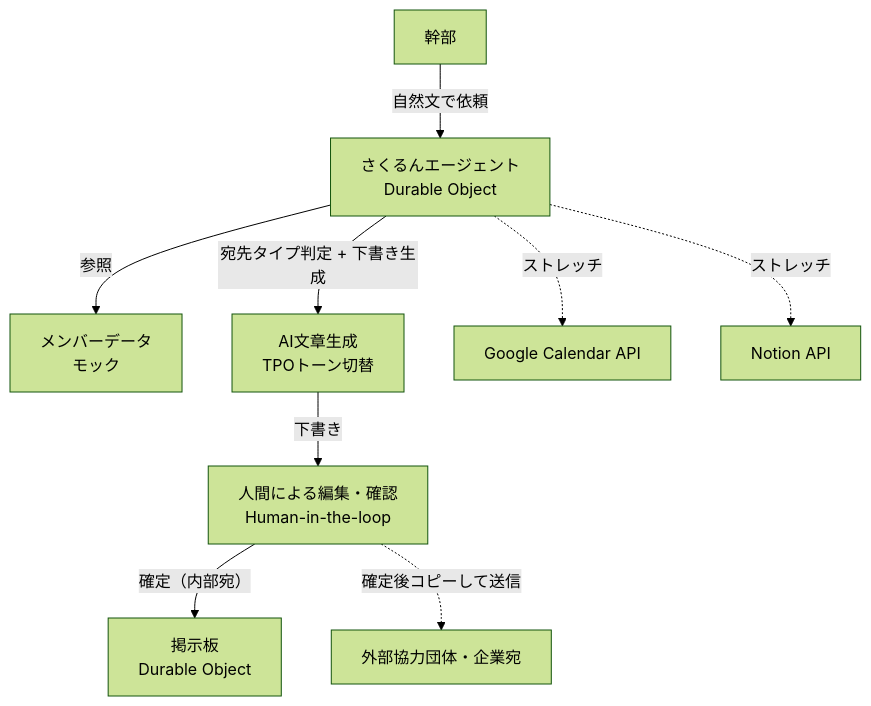
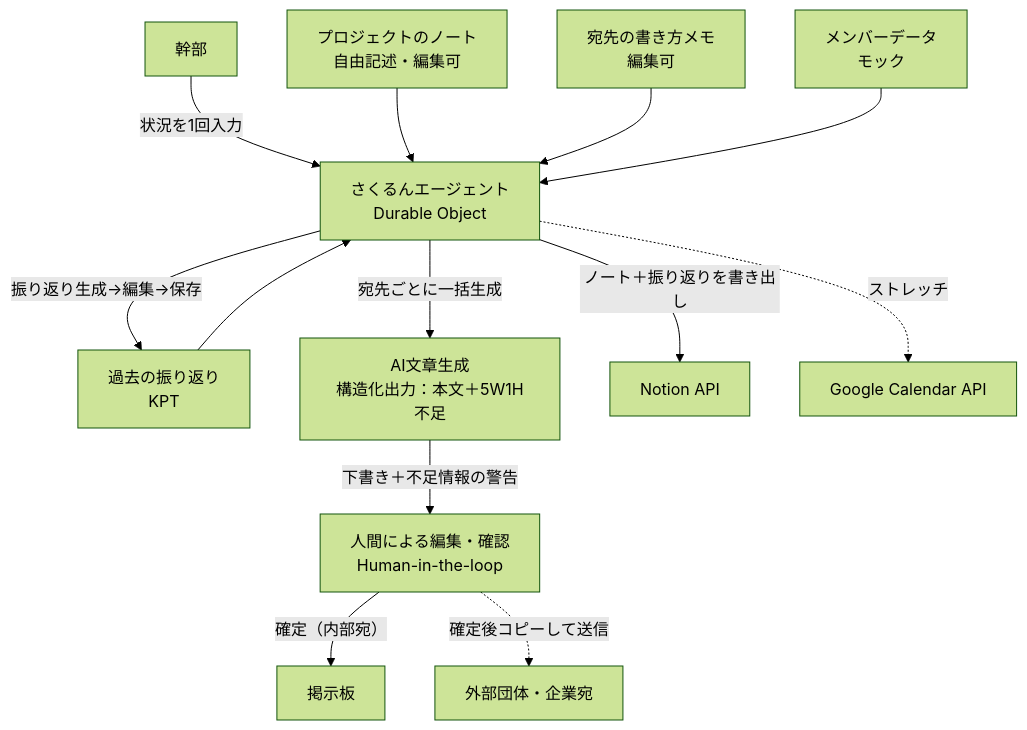
One commit to nepp-tumsat/FindyCampusHackathon2_Umitarou changed the diagram in docs/architecture.md. Above: the diagram before and after it, drawn with Mermaid (forest theme). The commit also changed other lines of this file and 7 other files, not shown here.

````diff
--- a/docs/architecture.md
+++ b/docs/architecture.md
@@ -52,11 +63,15 @@
 ```mermaid
 graph TD
-    User[幹部] -->|自然文で依頼| Sakurun[さくるんエージェント<br/>Durable Object]
-    Sakurun -->|参照| MemberData[メンバーデータ<br/>モック]
-    Sakurun -->|宛先タイプ判定 + 下書き生成| LLM[AI文章生成<br/>TPOトーン切替]
-    LLM -->|下書き| Review[人間による編集・確認<br/>Human-in-the-loop]
-    Review -->|確定（内部宛）| Board[掲示板<br/>Durable Object]
-    Review -.確定後コピーして送信.-> External[外部協力団体・企業宛]
+    User[幹部] -->|状況を1回入力| Sakurun[さくるんエージェント<br/>Durable Object]
+    Notes[プロジェクトのノート<br/>自由記述・編集可] --> Sakurun
+    Retro[過去の振り返り<br/>KPT] --> Sakurun
+    StyleNotes[宛先の書き方メモ<br/>編集可] --> Sakurun
+    MemberData[メンバーデータ<br/>モック] --> Sakurun
+    Sakurun -->|宛先ごとに一括生成| LLM[AI文章生成<br/>構造化出力：本文＋5W1H不足]
+    LLM -->|下書き＋不足情報の警告| Review[人間による編集・確認<br/>Human-in-the-loop]
+    Review -->|確定（内部宛）| Board[掲示板]
+    Review -.確定後コピーして送信.-> External[外部団体・企業宛]
+    Sakurun -->|振り返り生成→編集→保存| Retro
+    Sakurun -->|ノート＋振り返りを書き出し| Notion[Notion API]
     Sakurun -.ストレッチ.-> GCal[Google Calendar API]
-    Sakurun -.ストレッチ.-> Notion[Notion API]
 ```
````
